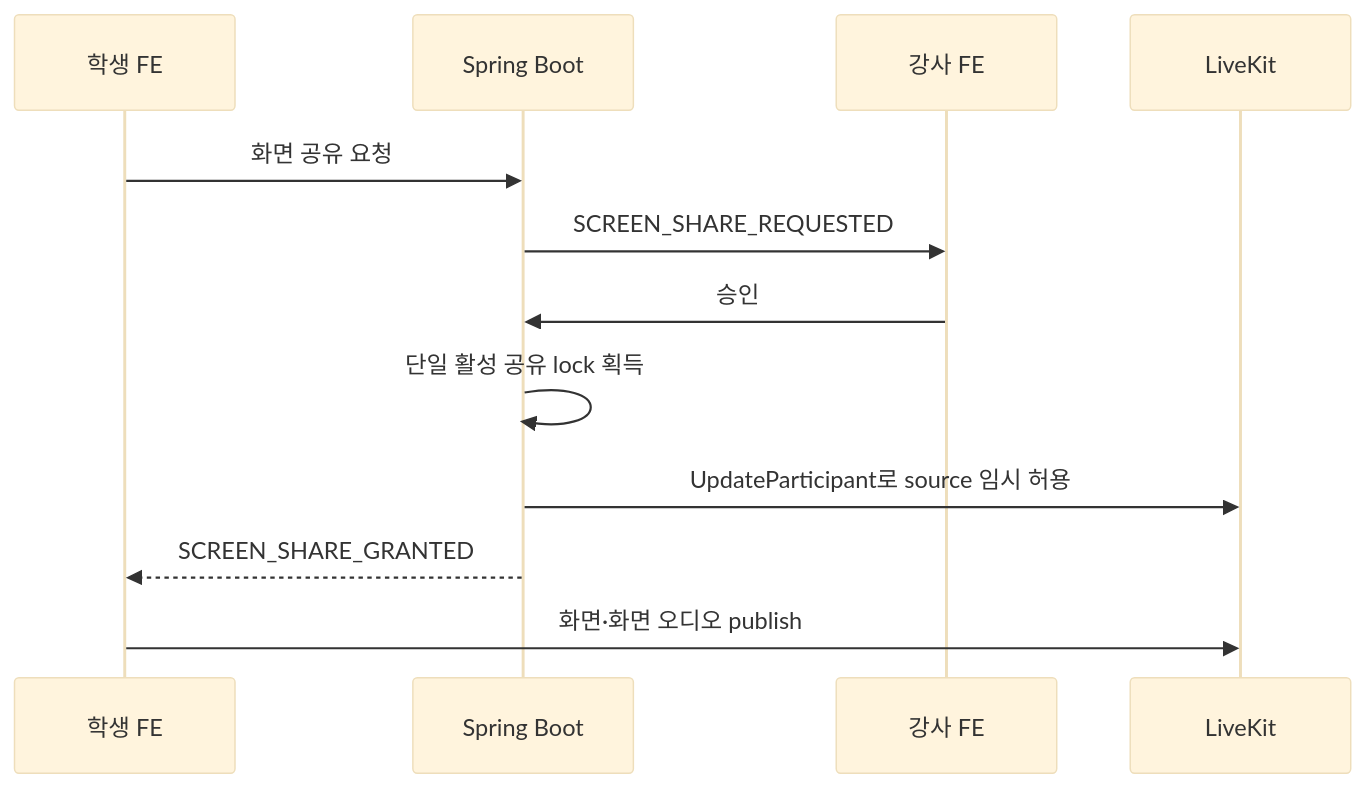
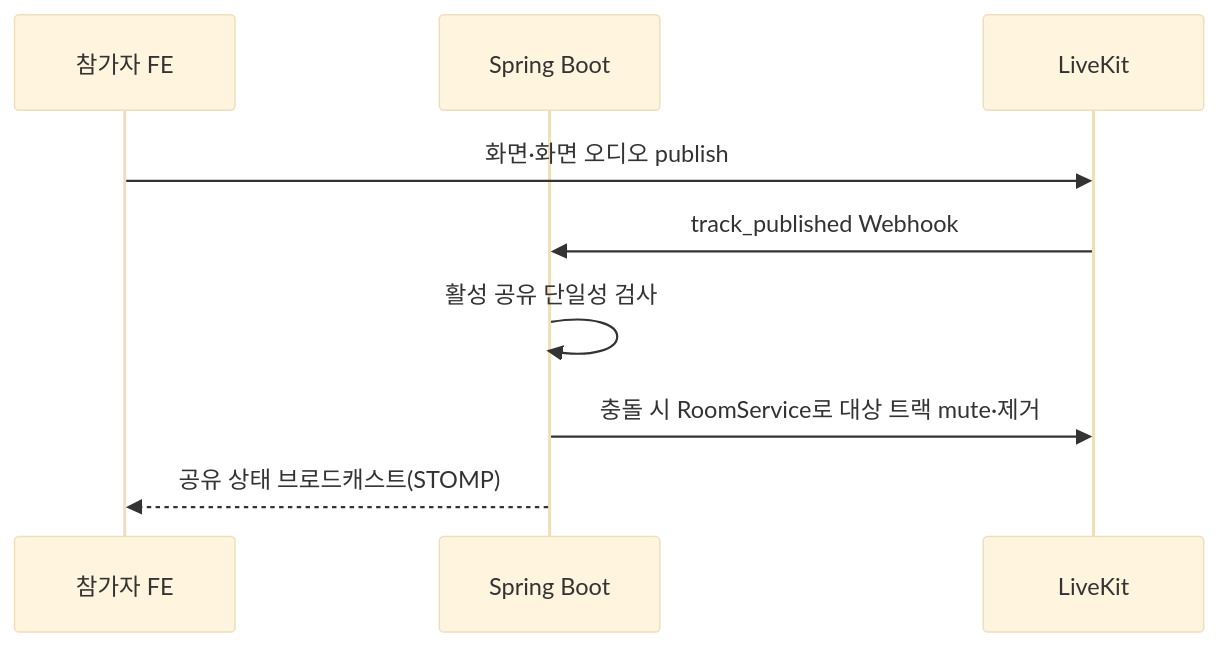
Before and after one commit to eomgerm/zani: the diagram in .agents/livekit-backend-guide.md, drawn with Mermaid (base theme). The commit also changed other lines of this file and 3 other files, not shown here.

````diff
--- a/.agents/livekit-backend-guide.md
+++ b/.agents/livekit-backend-guide.md
@@ -315,15 +307,12 @@
 ```mermaid
 sequenceDiagram
-    participant S as 학생 FE
+    participant P as 참가자 FE
     participant BE as Spring Boot
-    participant I as 강사 FE
     participant LK as LiveKit
 
-    S->>BE: 화면 공유 요청
-    BE->>I: SCREEN_SHARE_REQUESTED
-    I->>BE: 승인
-    BE->>BE: 단일 활성 공유 lock 획득
-    BE->>LK: UpdateParticipant로 source 임시 허용
-    BE-->>S: SCREEN_SHARE_GRANTED
-    S->>LK: 화면·화면 오디오 publish
+    P->>LK: 화면·화면 오디오 publish
+    LK->>BE: track_published Webhook
+    BE->>BE: 활성 공유 단일성 검사
+    BE->>LK: 충돌 시 RoomService로 대상 트랙 mute·제거
+    BE-->>P: 공유 상태 브로드캐스트(STOMP)
 ```
````
